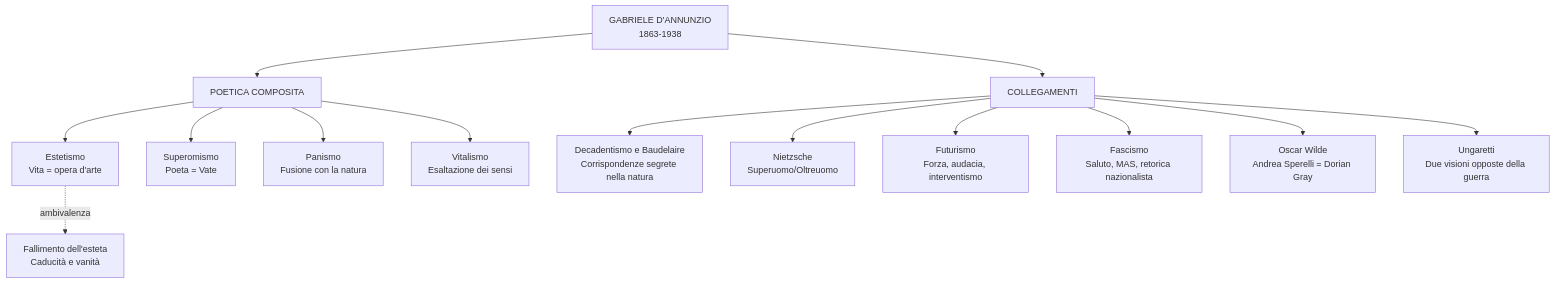
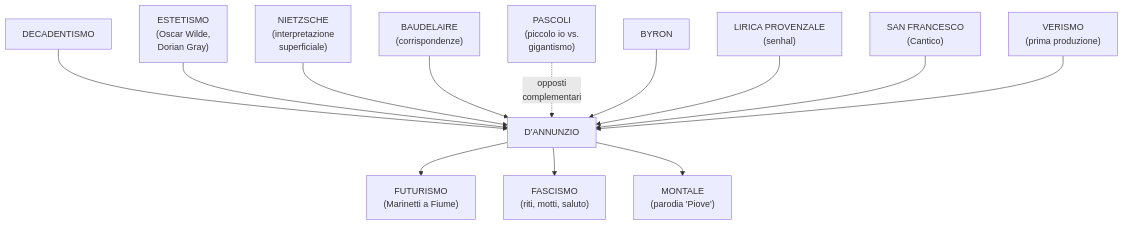
The fourth of 4 diagrams in esame/italiano/italiano(appunti-studio-anno)/dannunzio/dannunzio-riassunto.md (riccardo-algorime/appunti-5Bsa), drawn with Mermaid before and after one commit. The commit also changed other lines of this file and 6 other files, not shown here.

````diff
--- a/esame/italiano/italiano(appunti-studio-anno)/dannunzio/dannunzio-riassunto.md
+++ b/esame/italiano/italiano(appunti-studio-anno)/dannunzio/dannunzio-riassunto.md
@@ -206,18 +560,15 @@
 ```mermaid
-flowchart TD
-    A[GABRIELE D'ANNUNZIO<br/>1863-1938] --> B[POETICA COMPOSITA]
-    B --> C[Estetismo<br/>Vita = opera d'arte]
-    B --> D[Superomismo<br/>Poeta = Vate]
-    B --> E[Panismo<br/>Fusione con la natura]
-    B --> F[Vitalismo<br/>Esaltazione dei sensi]
-
-    A --> G[COLLEGAMENTI]
-    G --> H[Decadentismo e Baudelaire<br/>Corrispondenze segrete nella natura]
-    G --> I[Nietzsche<br/>Superuomo/Oltreuomo]
-    G --> J[Futurismo<br/>Forza, audacia, interventismo]
-    G --> K[Fascismo<br/>Saluto, MAS, retorica nazionalista]
-    G --> L[Oscar Wilde<br/>Andrea Sperelli = Dorian Gray]
-    G --> M[Ungaretti<br/>Due visioni opposte della guerra]
-
-    C -.->|ambivalenza| N[Fallimento dell'esteta<br/>Caducità e vanità]
+graph TD
+    DEC["DECADENTISMO"] --> DA["D'ANNUNZIO"]
+    EST["ESTETISMO<br/>(Oscar Wilde,<br/>Dorian Gray)"] --> DA
+    NIET["NIETZSCHE<br/>(interpretazione<br/>superficiale)"] --> DA
+    BAUD["BAUDELAIRE<br/>(corrispondenze)"] --> DA
+    DA --> FUT["FUTURISMO<br/>(Marinetti a Fiume)"]
+    DA --> FASC["FASCISMO<br/>(riti, motti, saluto)"]
+    DA --> MONT["MONTALE<br/>(parodia 'Piove')"]
+    PASC["PASCOLI<br/>(piccolo io vs.<br/>gigantismo)"] -.->|"opposti<br/>complementari"| DA
+    BYRON["BYRON"] --> DA
+    PROV["LIRICA PROVENZALE<br/>(senhal)"] --> DA
+    FRANC["SAN FRANCESCO<br/>(Cantico)"] --> DA
+    VERG["VERISMO<br/>(prima produzione)"] --> DA
 ```
````
